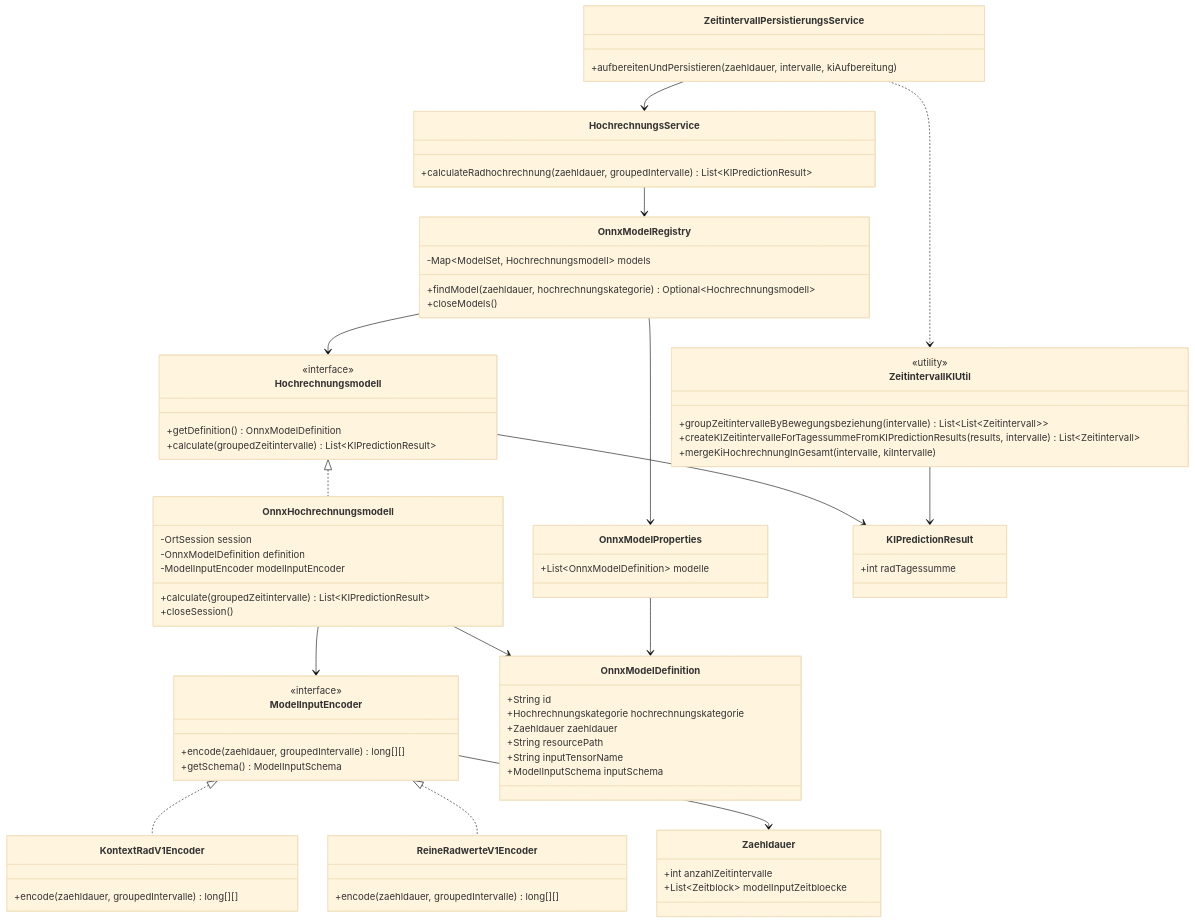
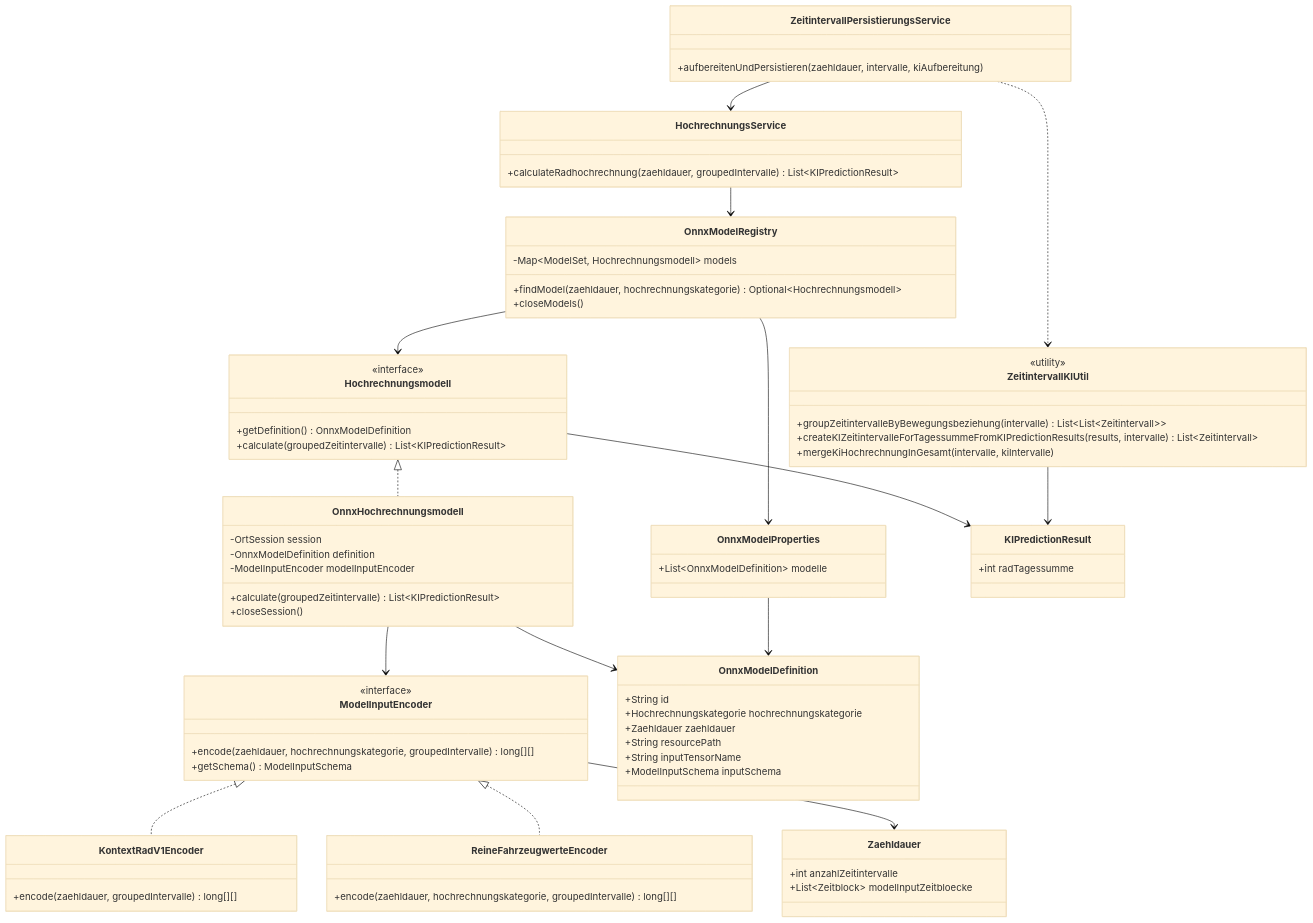
The diagram in docs/plan-ki-rad-hochrechnung-13h-16h.md (it-at-m/dave-backend), drawn with Mermaid (base theme) before and after one commit. The commit also changed other lines of this file and 10 other files, not shown here.

```diff
--- a/docs/plan-ki-rad-hochrechnung-13h-16h.md
+++ b/docs/plan-ki-rad-hochrechnung-13h-16h.md
@@ -70,7 +70,7 @@
 
     class ModelInputEncoder {
         <<interface>>
-        +encode(zaehldauer, groupedIntervalle) long[][]
+        +encode(zaehldauer, hochrechnungskategorie, groupedIntervalle) long[][]
         +getSchema() ModelInputSchema
     }
 
@@ -78,8 +78,8 @@
         +encode(zaehldauer, groupedIntervalle) long[][]
     }
 
-    class ReineRadwerteV1Encoder {
-        +encode(zaehldauer, groupedIntervalle) long[][]
+    class ReineFahrzeugwerteEncoder {
+        +encode(zaehldauer, hochrechnungskategorie, groupedIntervalle) long[][]
     }
 
     class OnnxModelDefinition {
@@ -120,7 +120,7 @@
     OnnxHochrechnungsmodell --> OnnxModelDefinition
     OnnxHochrechnungsmodell --> ModelInputEncoder
     ModelInputEncoder <|.. KontextRadV1Encoder
-    ModelInputEncoder <|.. ReineRadwerteV1Encoder
+    ModelInputEncoder <|.. ReineFahrzeugwerteEncoder
     OnnxModelProperties --> OnnxModelDefinition
     ModelInputEncoder --> Zaehldauer
     Hochrechnungsmodell --> KIPredictionResult
```
